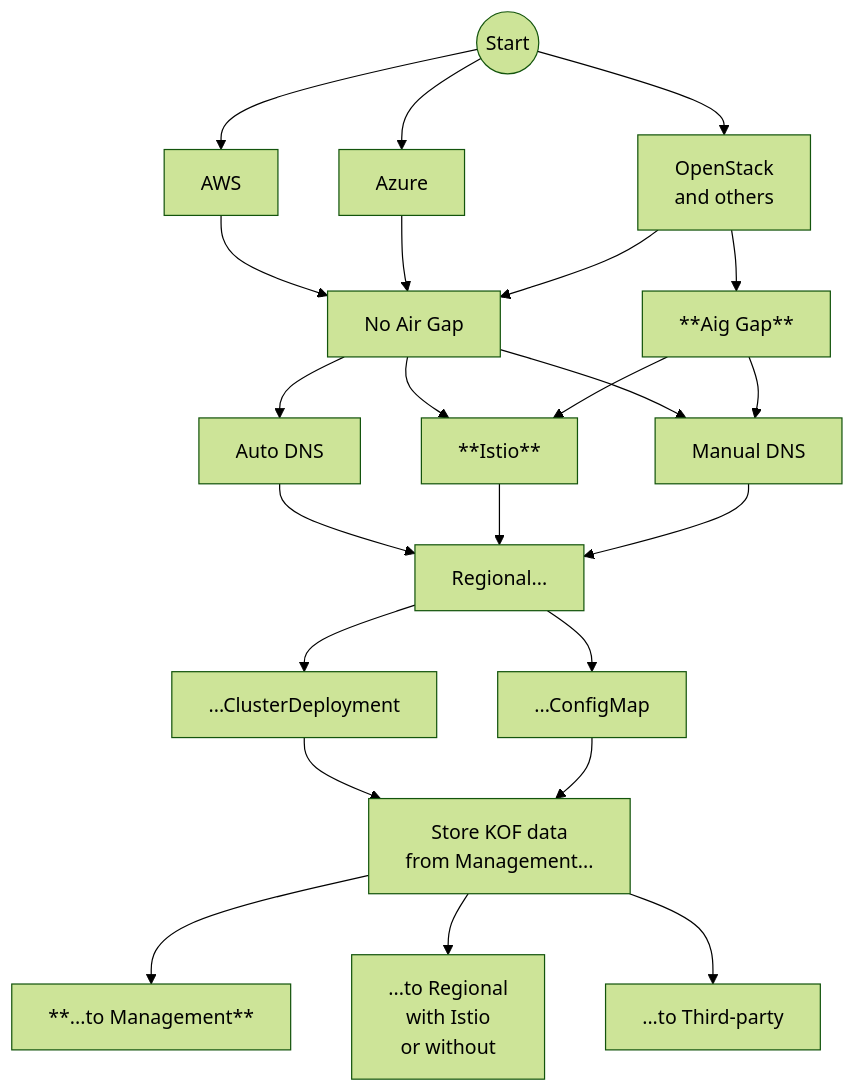
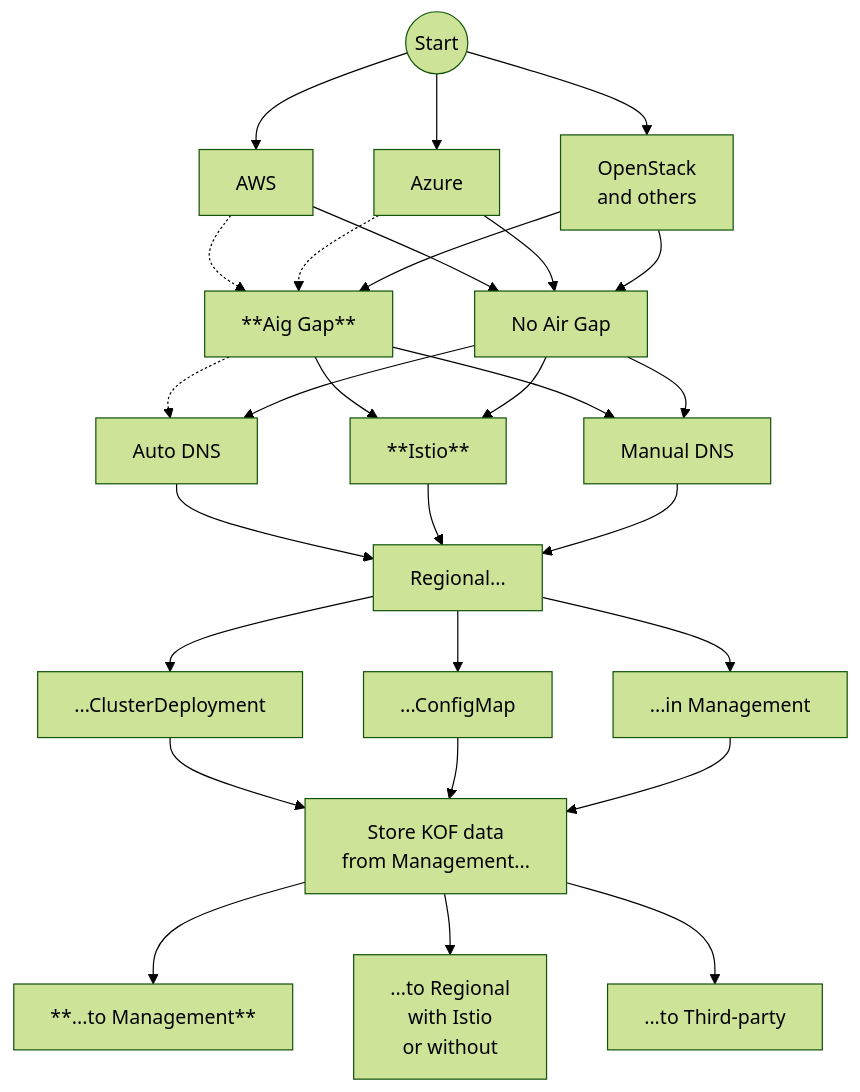
The diagram in docs/admin/kof/kof-install.md (zerospiel/docs), drawn with Mermaid (forest theme) before and after one commit.

Commit message:
Fixed KOF Options chart

````diff
--- a/docs/admin/kof/kof-install.md
+++ b/docs/admin/kof/kof-install.md
@@ -7,32 +7,39 @@
 ```mermaid
 flowchart TD
     S((Start))
     S --> AWS[AWS]
     S --> AZ[Azure]
     S --> OS[OpenStack<br>and others]
 
+    AWS -.-> AG[**Aig Gap**]
+    AZ -.-> AG
+    OS --> AG
+
     AWS --> NAG[No Air Gap]
     AZ --> NAG
     OS --> NAG
 
-    NAG --> AD[Auto DNS]
-    NAG --> I[**Istio**]
-    NAG --> MD[Manual DNS]
+    AG --> I[**Istio**]
+    AG --> MD[Manual DNS]
+    AG -.-> AD[Auto DNS]
 
-    OS --> AG[**Aig Gap**]
-    AG --> I
-    AG --> MD
+    NAG --> I
+    NAG --> MD
+    NAG --> AD
 
     AD --> R[Regional...]
     I --> R
     MD --> R
+
     R --> CD[...ClusterDeployment]
     R --> CM[...ConfigMap]
+    R --> RIM[...in Management]
 
     CD --> M2[Store KOF data<br>from Management...]
     CM --> M2
+    RIM --> M2
 
     M2 --> M2M[**...to Management**]
     M2 --> M2R[...to Regional<br>with Istio<br>or without]
     M2 --> M2TP[...to Third-party]
 ```
````
